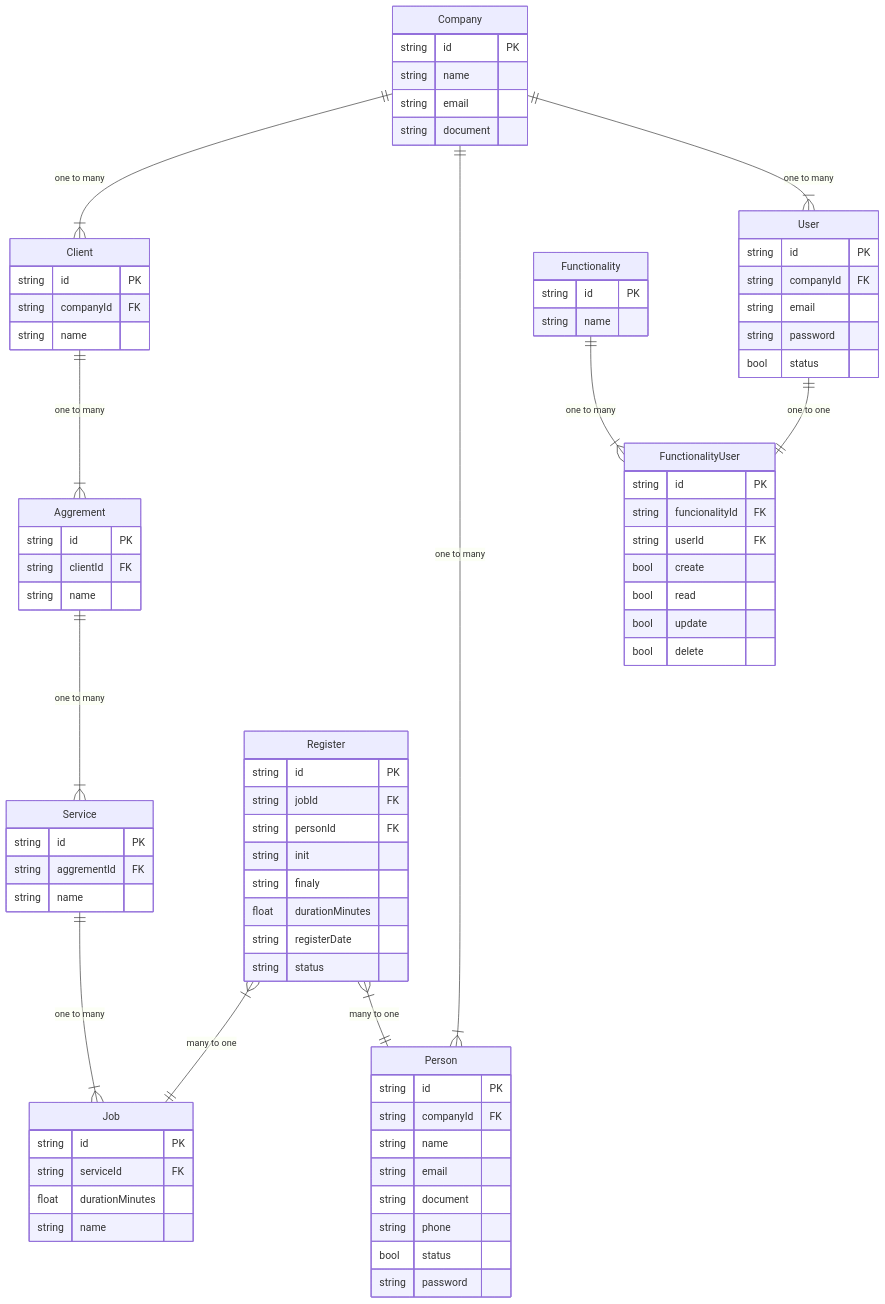
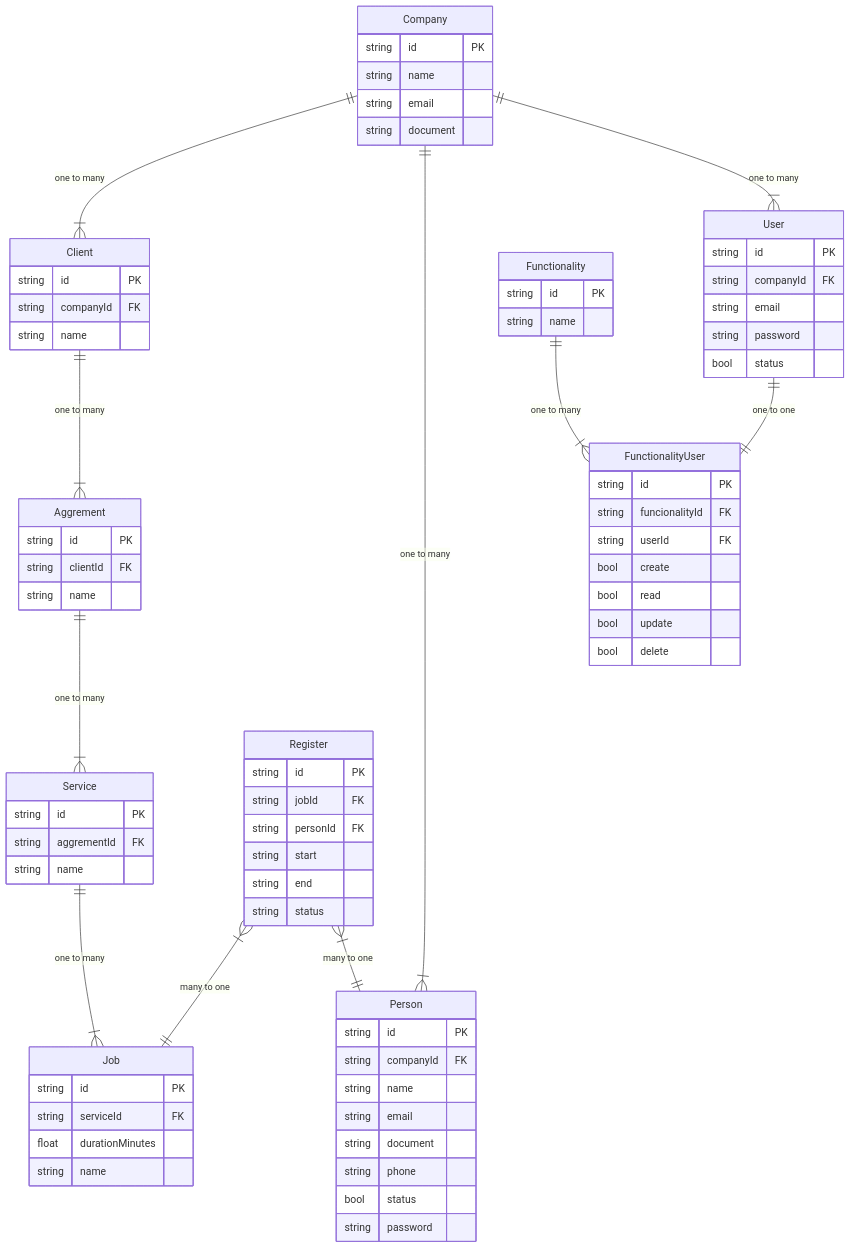
The diagram in api/MER.md (cristiano182/open-punch-clock), drawn with Mermaid before and after one commit. The commit also changed 11 other files, not shown here.

```diff
--- a/api/MER.md
+++ b/api/MER.md
@@ -65,10 +65,8 @@
         string id PK
         string jobId FK
         string personId FK
-        string init
-        string finaly
-        float durationMinutes
-        string registerDate
+        string start
+        string end
         string status
     }
 
```
